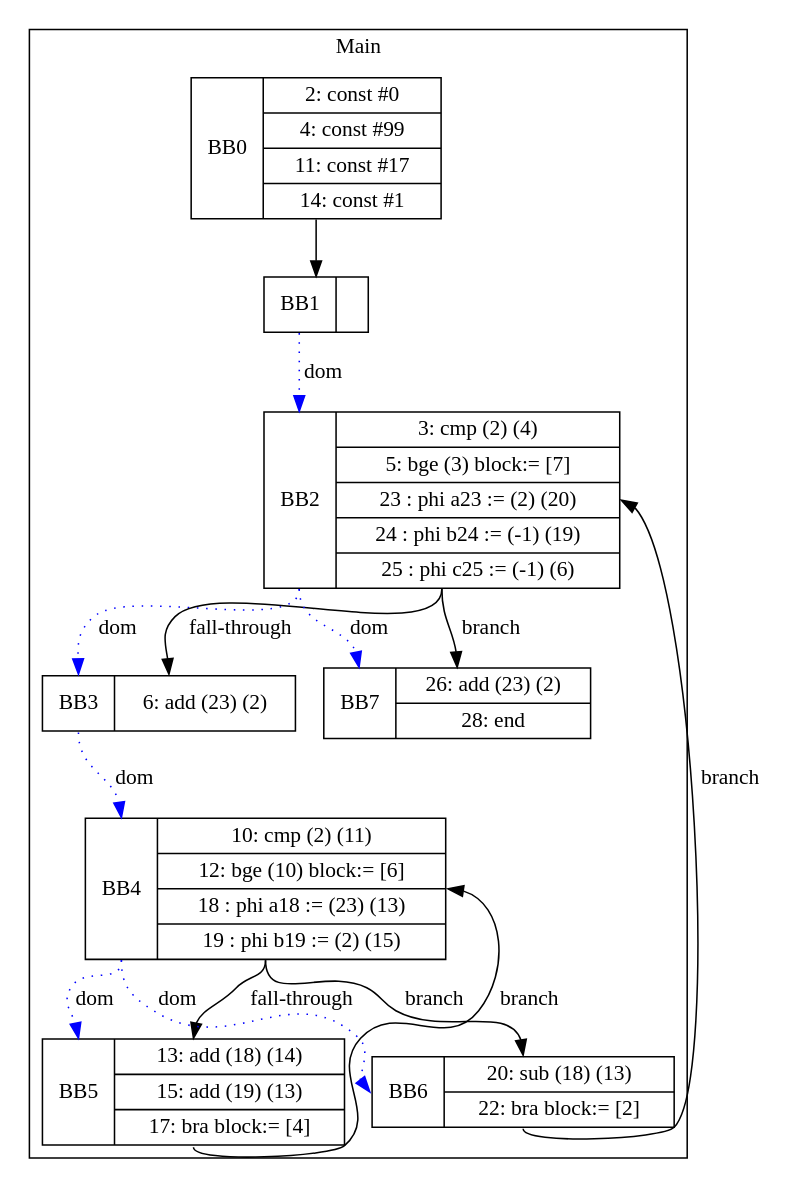
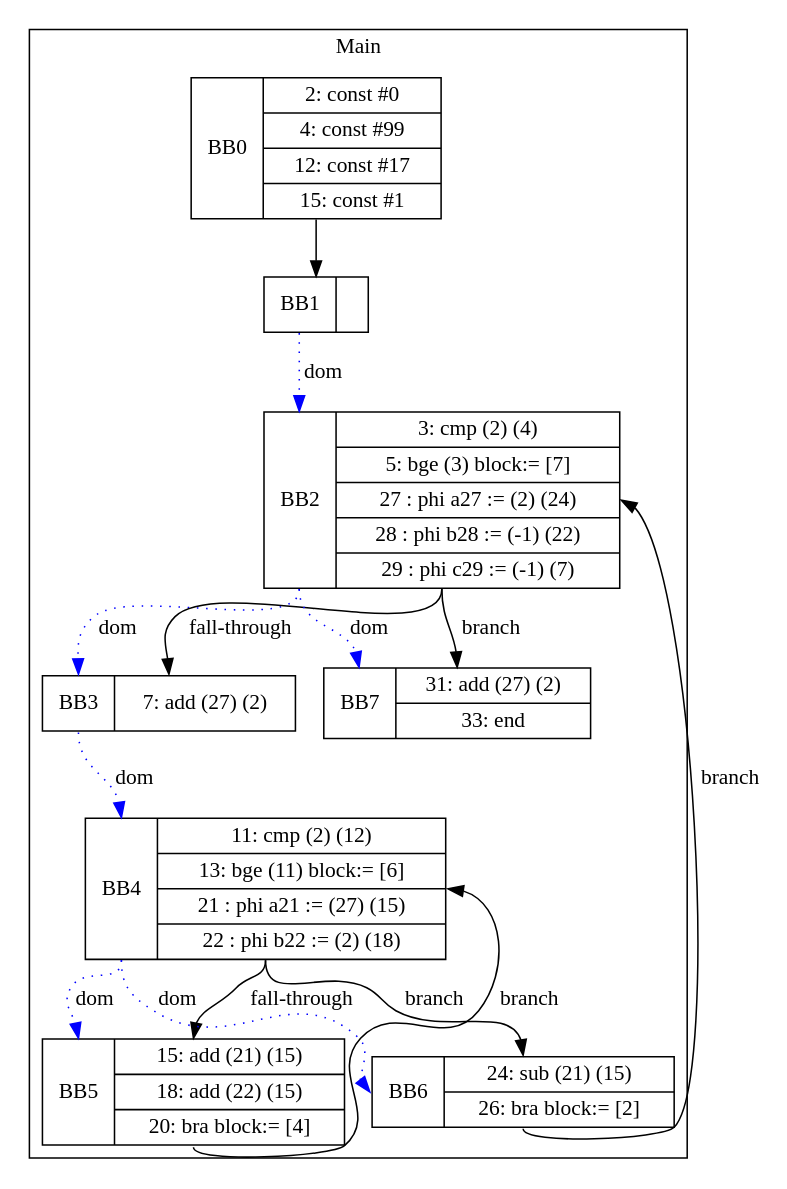
One commit to zjc664656505/UCI-CS241-Advanced-Compiler-main changed the diagram in visualization/phillip/simple/nestedLoops.gv. Above: the diagram before and after it, drawn with Graphviz. The commit also changed 62 other files, not shown here.

```diff
--- a/visualization/phillip/simple/nestedLoops.gv
+++ b/visualization/phillip/simple/nestedLoops.gv
@@ -1,27 +1,27 @@
 digraph G {
 node [shape=record];
 subgraph cluster_main{
 label = "Main";
-BB0 [shape=record, label="<b>BB0|{2: const #0|4: const #99|11: const #17|14: const #1}"];
+BB0 [shape=record, label="<b>BB0|{2: const #0|4: const #99|12: const #17|15: const #1}"];
 BB1 [shape=record, label="<b>BB1|}"];
-BB2 [shape=record, label="<b>BB2|{3: cmp (2) (4)|5: bge (3) block:= [7]|23 : phi a23 := (2) (20)|24 : phi b24 := (-1) (19)|25 : phi c25 := (-1) (6)}"];
-BB3 [shape=record, label="<b>BB3|{6: add (23) (2)}"];
-BB4 [shape=record, label="<b>BB4|{10: cmp (2) (11)|12: bge (10) block:= [6]|18 : phi a18 := (23) (13)|19 : phi b19 := (2) (15)}"];
-BB5 [shape=record, label="<b>BB5|{13: add (18) (14)|15: add (19) (13)|17: bra block:= [4]}"];
-BB6 [shape=record, label="<b>BB6|{20: sub (18) (13)|22: bra block:= [2]}"];
-BB7 [shape=record, label="<b>BB7|{26: add (23) (2)|28: end}"];
+BB2 [shape=record, label="<b>BB2|{3: cmp (2) (4)|5: bge (3) block:= [7]|27 : phi a27 := (2) (24)|28 : phi b28 := (-1) (22)|29 : phi c29 := (-1) (7)}"];
+BB3 [shape=record, label="<b>BB3|{7: add (27) (2)}"];
+BB4 [shape=record, label="<b>BB4|{11: cmp (2) (12)|13: bge (11) block:= [6]|21 : phi a21 := (27) (15)|22 : phi b22 := (2) (18)}"];
+BB5 [shape=record, label="<b>BB5|{15: add (21) (15)|18: add (22) (15)|20: bra block:= [4]}"];
+BB6 [shape=record, label="<b>BB6|{24: sub (21) (15)|26: bra block:= [2]}"];
+BB7 [shape=record, label="<b>BB7|{31: add (27) (2)|33: end}"];
 }
 BB0:s -> BB1:n ;
 BB1:b -> BB2:b [color=blue, style=dotted, label="dom"];
 BB3:b -> BB4:b [color=blue, style=dotted, label="dom"];
 BB2:b -> BB7:b [color=blue, style=dotted, label="dom"];
 BB4:b -> BB6:b [color=blue, style=dotted, label="dom"];
 BB2:b -> BB3:b [color=blue, style=dotted, label="dom"];
 BB4:b -> BB5:b [color=blue, style=dotted, label="dom"];
 BB4:s -> BB6:n [label="branch"];
 BB2:s -> BB7:n [label="branch"];
 BB6:s -> BB2:e [label="branch"];
 BB5:s -> BB4:e [label="branch"];
 BB2:s -> BB3:n [label="fall-through"];
 BB4:s -> BB5:n [label="fall-through"];
 }
```
